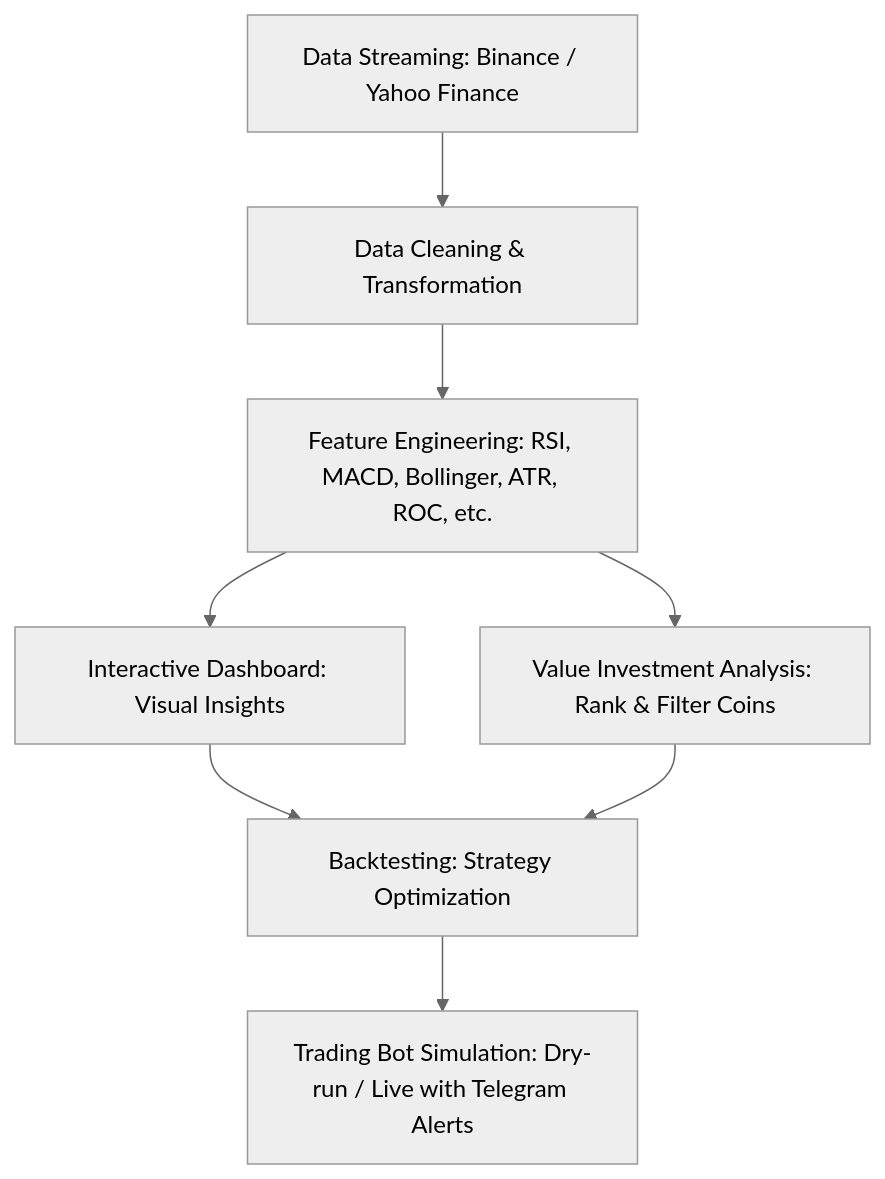
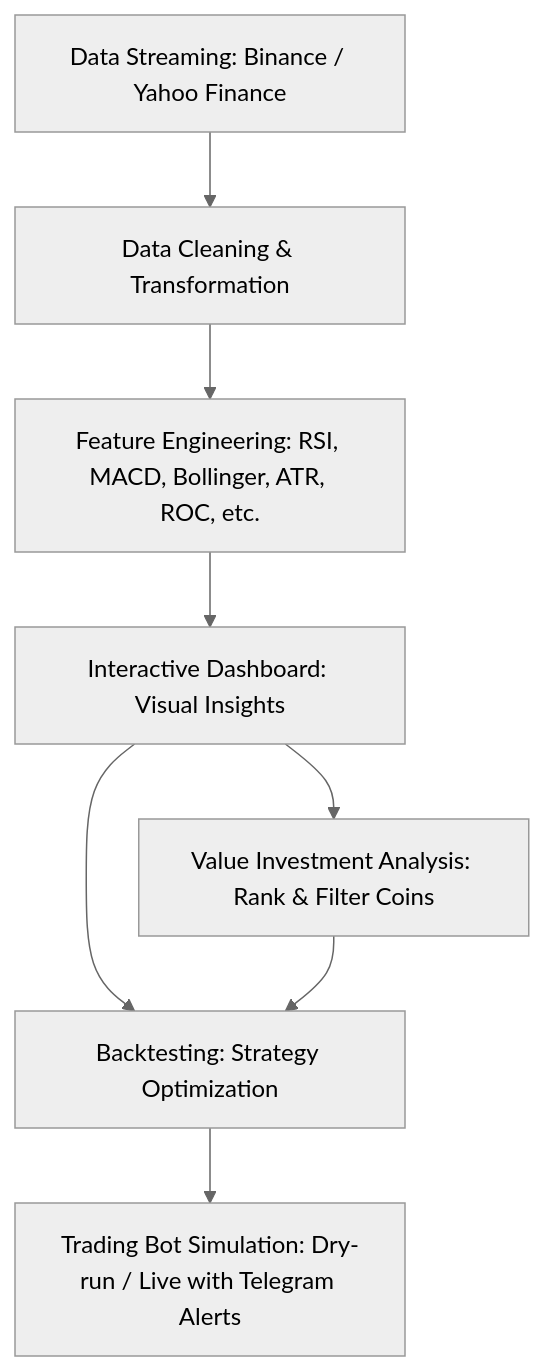
One commit to CodeEagle22/SiriFi changed the diagram in README.md. Above: the diagram before and after it, drawn with Mermaid (neutral theme).

````diff
--- a/README.md
+++ b/README.md
@@ -54,10 +54,10 @@
 ```mermaid
 flowchart TD
     A[Data Streaming: Binance / Yahoo Finance] --> B[Data Cleaning & Transformation]
     B --> C[Feature Engineering: RSI, MACD, Bollinger, ATR, ROC, etc.]
     C --> D[Interactive Dashboard: Visual Insights]
-    C --> E[Value Investment Analysis: Rank & Filter Coins]
+    D --> E[Value Investment Analysis: Rank & Filter Coins]
     D --> F[Sentiment Analysis: Reddit & Market Data]
     E --> F[Backtesting: Strategy Optimization]
     F --> G[Trading Bot Simulation: Dry-run / Live with Telegram Alerts]
 ```
````
